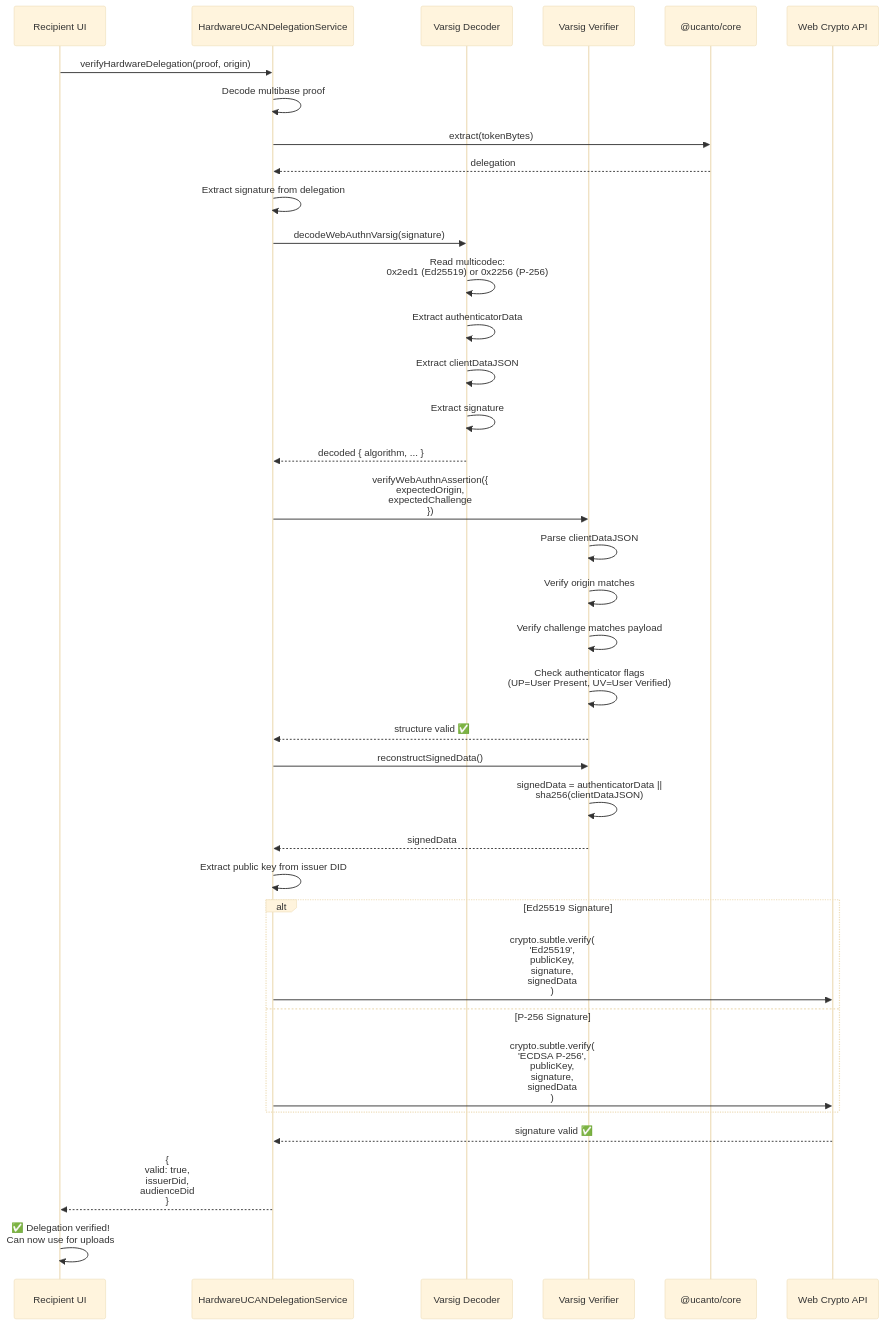
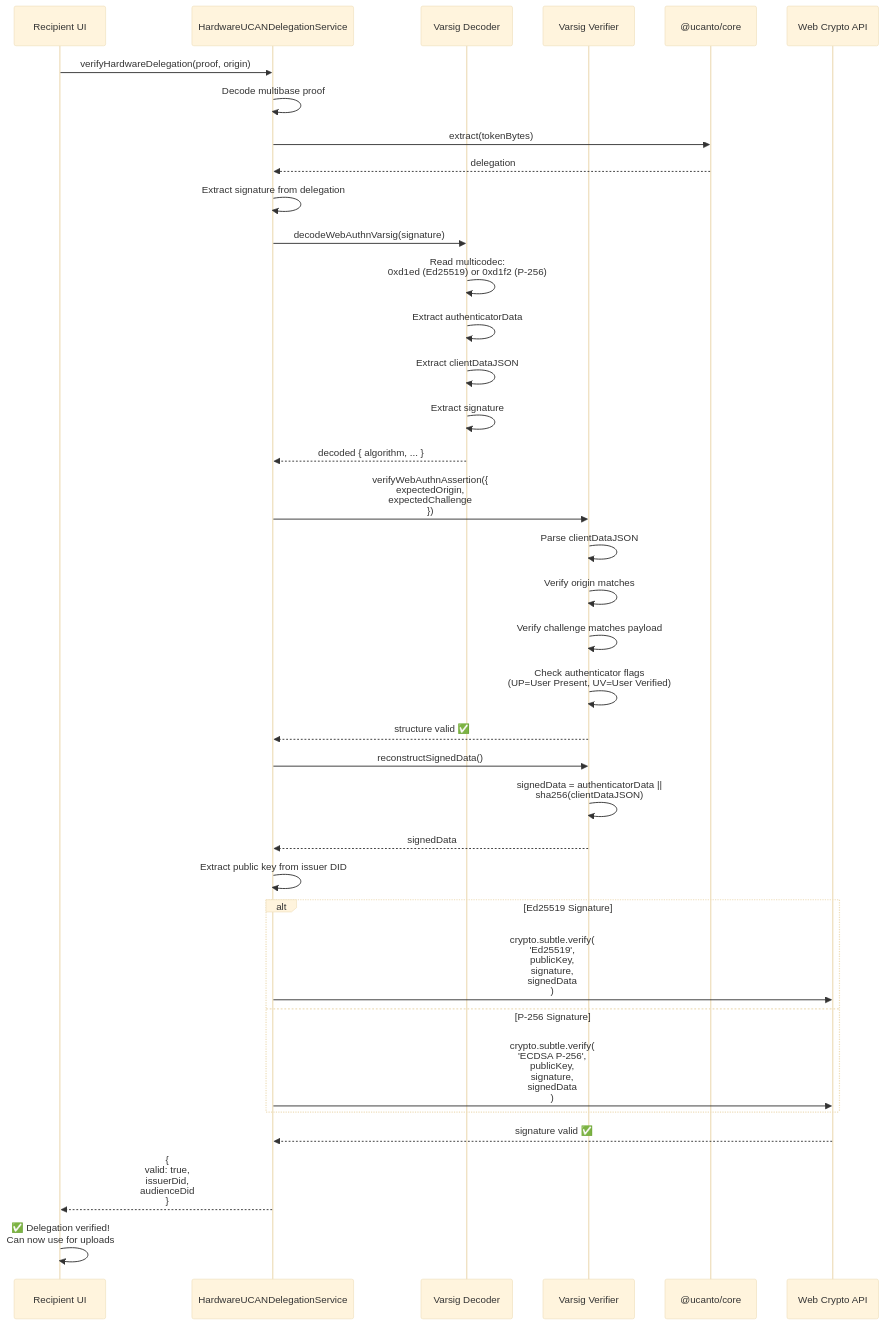
The fifth of 13 diagrams in docs/ARCHITECTURE_FLOW.md (NiKrause/ucan-upload-wall), drawn with Mermaid (base theme) before and after one commit. The commit also changed other lines of this file and 11 other files, not shown here.

````diff
--- a/docs/ARCHITECTURE_FLOW.md
+++ b/docs/ARCHITECTURE_FLOW.md
@@ -288,49 +288,49 @@
 ```mermaid
 sequenceDiagram
     participant RecipientUI as Recipient UI
     participant HardwareService as HardwareUCANDelegationService
     participant VarsigDecoder as Varsig Decoder
     participant VarsigVerifier as Varsig Verifier
     participant Ucanto as @ucanto/core
     participant WebCrypto as Web Crypto API
 
     RecipientUI->>HardwareService: verifyHardwareDelegation(proof, origin)
     
     HardwareService->>HardwareService: Decode multibase proof
     HardwareService->>Ucanto: extract(tokenBytes)
     Ucanto-->>HardwareService: delegation
     
     HardwareService->>HardwareService: Extract signature from delegation
     HardwareService->>VarsigDecoder: decodeWebAuthnVarsig(signature)
     
-    VarsigDecoder->>VarsigDecoder: Read multicodec:<br/>0x2ed1 (Ed25519) or 0x2256 (P-256)
+    VarsigDecoder->>VarsigDecoder: Read multicodec:<br/>0xd1ed (Ed25519) or 0xd1f2 (P-256)
     VarsigDecoder->>VarsigDecoder: Extract authenticatorData
     VarsigDecoder->>VarsigDecoder: Extract clientDataJSON
     VarsigDecoder->>VarsigDecoder: Extract signature
     VarsigDecoder-->>HardwareService: decoded { algorithm, ... }
     
     HardwareService->>VarsigVerifier: verifyWebAuthnAssertion({<br/>  expectedOrigin,<br/>  expectedChallenge<br/>})
     
     VarsigVerifier->>VarsigVerifier: Parse clientDataJSON
     VarsigVerifier->>VarsigVerifier: Verify origin matches
     VarsigVerifier->>VarsigVerifier: Verify challenge matches payload
     VarsigVerifier->>VarsigVerifier: Check authenticator flags<br/>(UP=User Present, UV=User Verified)
     VarsigVerifier-->>HardwareService: structure valid ✅
     
     HardwareService->>VarsigVerifier: reconstructSignedData()
     VarsigVerifier->>VarsigVerifier: signedData = authenticatorData ||<br/>                 sha256(clientDataJSON)
     VarsigVerifier-->>HardwareService: signedData
     
     HardwareService->>HardwareService: Extract public key from issuer DID
     
     alt Ed25519 Signature
         HardwareService->>WebCrypto: crypto.subtle.verify(<br/>  'Ed25519',<br/>  publicKey,<br/>  signature,<br/>  signedData<br/>)
     else P-256 Signature
         HardwareService->>WebCrypto: crypto.subtle.verify(<br/>  'ECDSA P-256',<br/>  publicKey,<br/>  signature,<br/>  signedData<br/>)
     end
     
     WebCrypto-->>HardwareService: signature valid ✅
     
     HardwareService-->>RecipientUI: {<br/>  valid: true,<br/>  issuerDid,<br/>  audienceDid<br/>}
     RecipientUI->>RecipientUI: ✅ Delegation verified!<br/>Can now use for uploads
 ```
````
